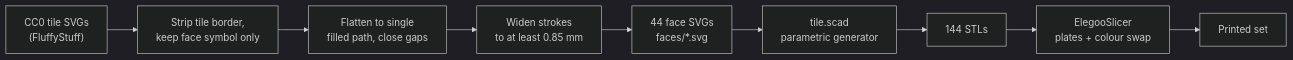
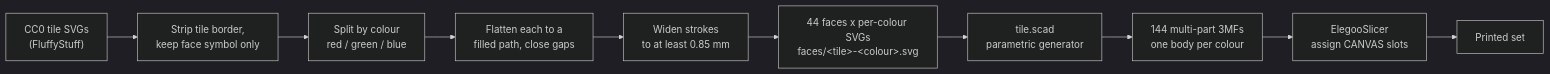
One commit to jvanheerikhuize/3d-printing changed the first of 2 diagrams in models/mahjong/README.md. Above: the diagram before and after it, drawn with Mermaid (dark theme). The commit also changed other lines of this file, not shown here.

First line of the commit message:
docs(mahjong): revise for Centauri Carbon 2 and wall-building set

````diff
--- a/models/mahjong/README.md
+++ b/models/mahjong/README.md
@@ -115,11 +134,12 @@
 ```mermaid
 flowchart LR
     A["CC0 tile SVGs<br/>(FluffyStuff)"] --> B["Strip tile border,<br/>keep face symbol only"]
-    B --> C["Flatten to single<br/>filled path, close gaps"]
-    C --> D["Widen strokes<br/>to at least 0.85 mm"]
-    D --> E["44 face SVGs<br/>faces/*.svg"]
-    E --> F["tile.scad<br/>parametric generator"]
-    F --> G["144 STLs"]
-    G --> H["ElegooSlicer<br/>plates + colour swap"]
-    H --> I["Printed set"]
+    B --> C["Split by colour<br/>red / green / blue"]
+    C --> D["Flatten each to a<br/>filled path, close gaps"]
+    D --> E["Widen strokes<br/>to at least 0.85 mm"]
+    E --> F["44 faces x per-colour SVGs<br/>faces/&lt;tile&gt;-&lt;colour&gt;.svg"]
+    F --> G["tile.scad<br/>parametric generator"]
+    G --> H["144 multi-part 3MFs<br/>one body per colour"]
+    H --> I["ElegooSlicer<br/>assign CANVAS slots"]
+    I --> J["Printed set"]
 ```
````
